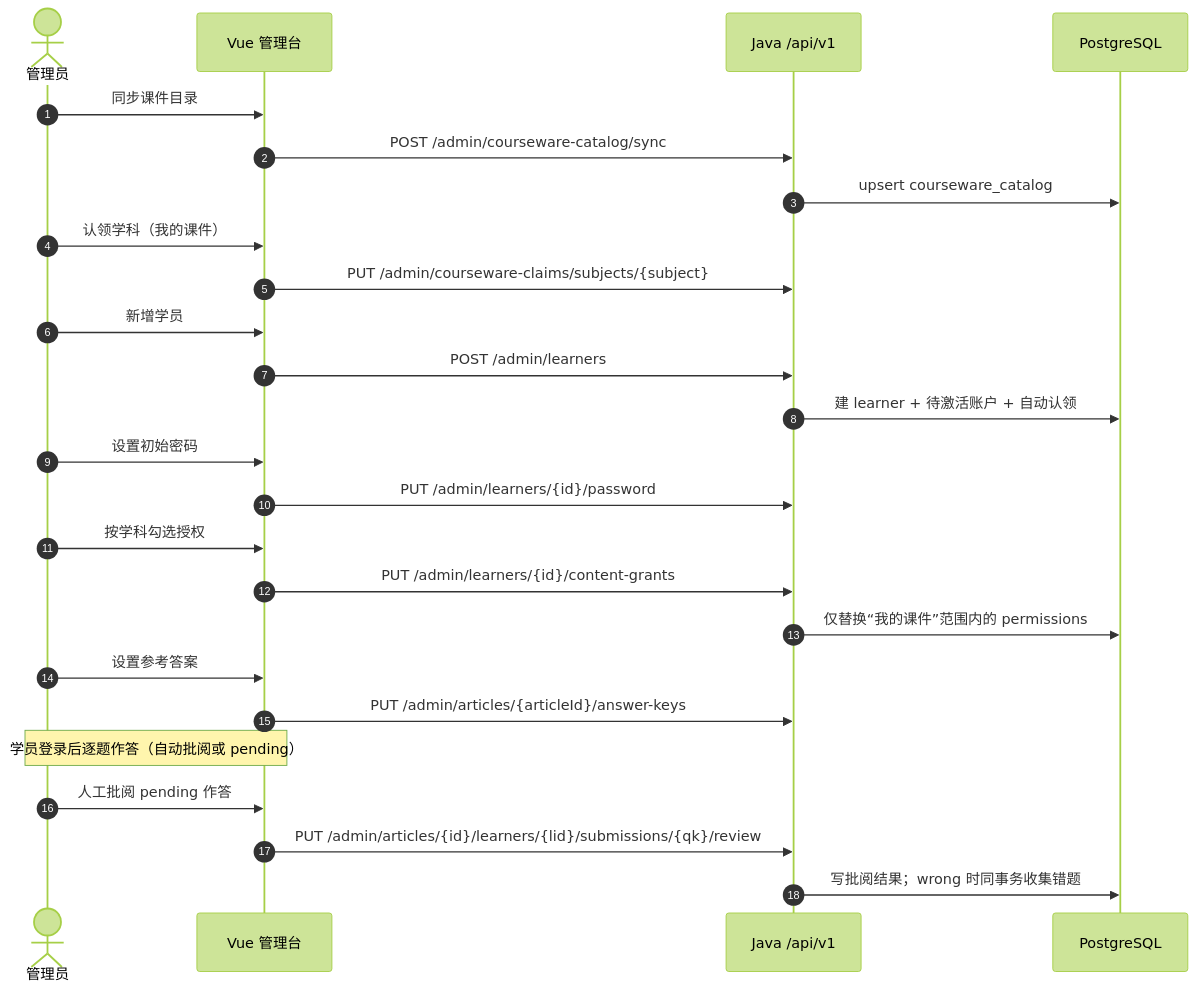
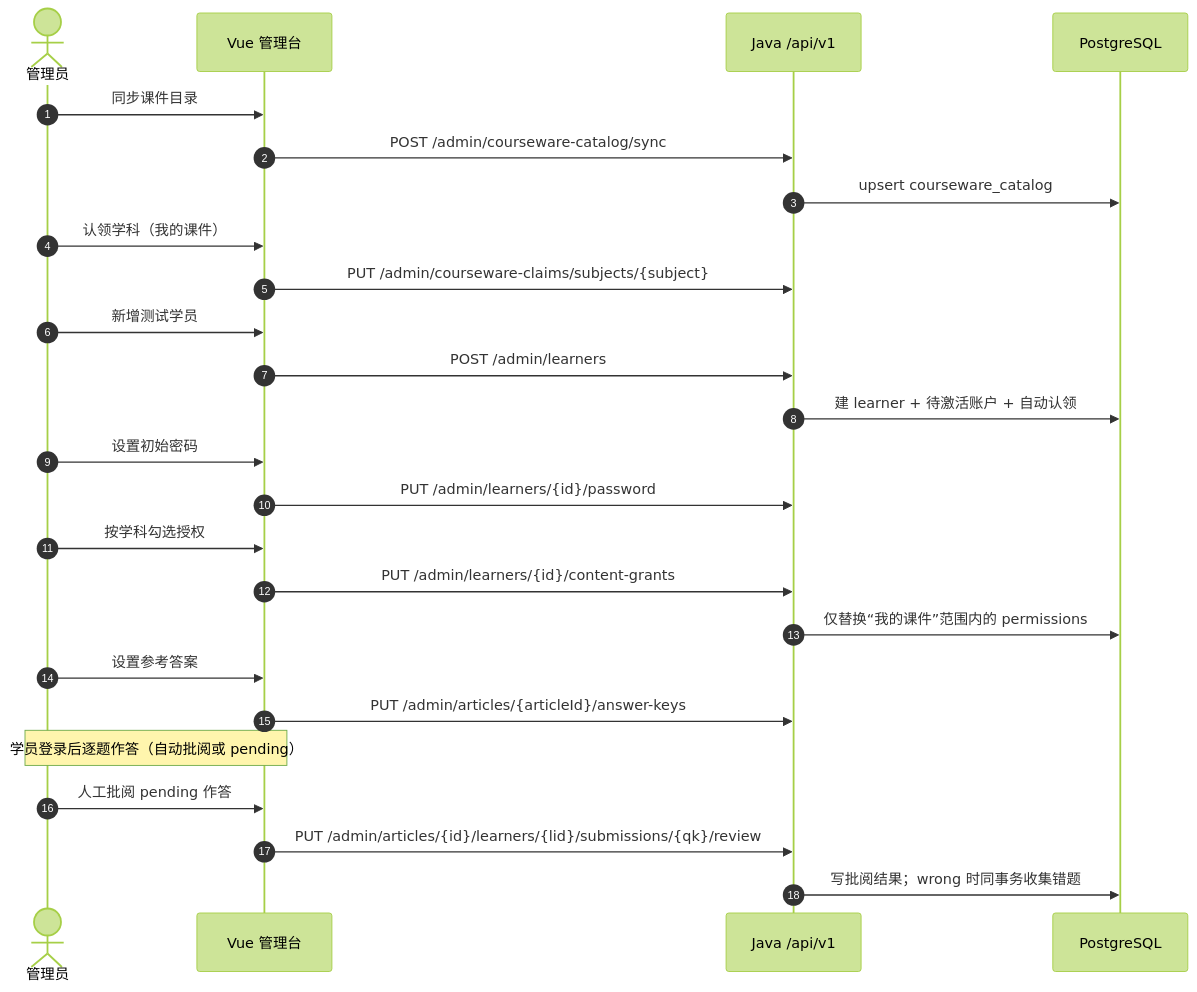
One commit to by-be-young/tutor-base changed the first of 2 diagrams in docs/软件需求规格说明书.md. Above: the diagram before and after it, drawn with Mermaid (forest theme). The commit also changed other lines of this file and 18 other files, not shown here.

````diff
--- a/docs/软件需求规格说明书.md
+++ b/docs/软件需求规格说明书.md
@@ -398,27 +398,27 @@
 ```mermaid
 sequenceDiagram
     autonumber
     actor A as 管理员
     participant UI as Vue 管理台
     participant API as Java /api/v1
     participant DB as PostgreSQL
     A->>UI: 同步课件目录
     UI->>API: POST /admin/courseware-catalog/sync
     API->>DB: upsert courseware_catalog
     A->>UI: 认领学科（我的课件）
     UI->>API: PUT /admin/courseware-claims/subjects/{subject}
-    A->>UI: 新增学员
+    A->>UI: 新增测试学员
     UI->>API: POST /admin/learners
     API->>DB: 建 learner + 待激活账户 + 自动认领
     A->>UI: 设置初始密码
     UI->>API: PUT /admin/learners/{id}/password
     A->>UI: 按学科勾选授权
     UI->>API: PUT /admin/learners/{id}/content-grants
     API->>DB: 仅替换“我的课件”范围内的 permissions
     A->>UI: 设置参考答案
     UI->>API: PUT /admin/articles/{articleId}/answer-keys
     Note over A,UI: 学员登录后逐题作答（自动批阅或 pending）
     A->>UI: 人工批阅 pending 作答
     UI->>API: PUT /admin/articles/{id}/learners/{lid}/submissions/{qk}/review
     API->>DB: 写批阅结果；wrong 时同事务收集错题
 ```
````
